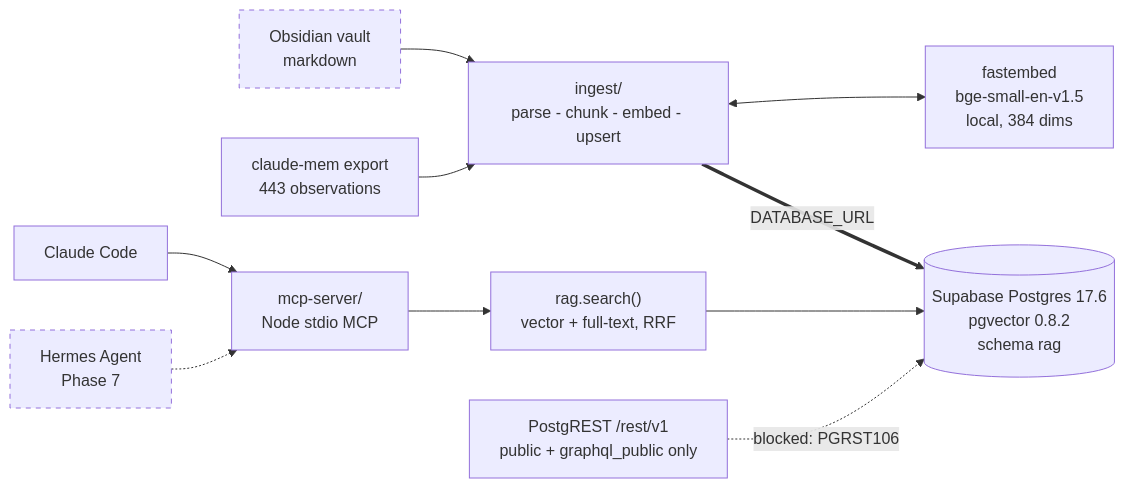
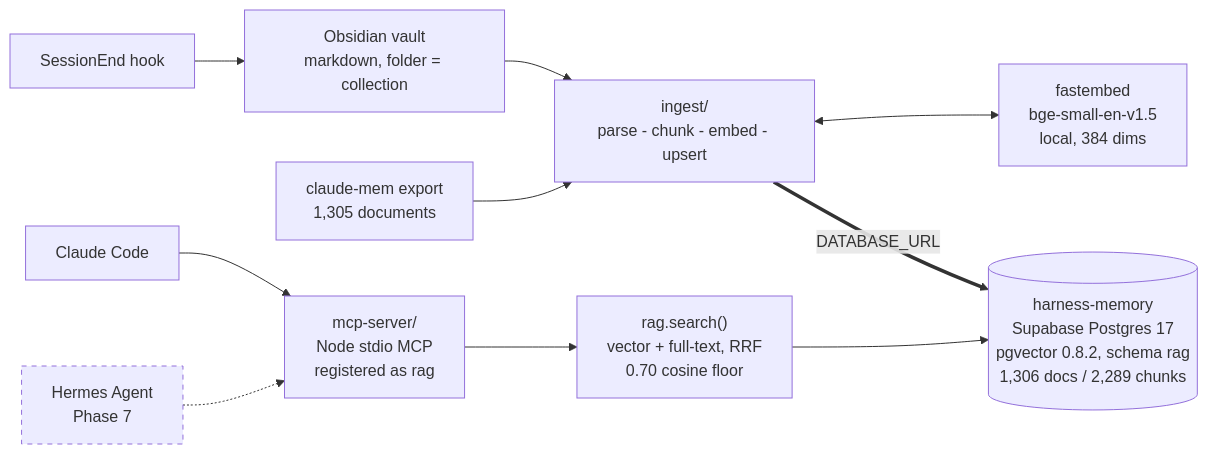
One commit to emstacho-su/agentic-harness changed the diagram in README.md. Above: the diagram before and after it, drawn with Mermaid. The commit also changed other lines of this file and 8 other files, not shown here.

First line of the commit message:
docs: rewrite for the harness-memory relocation and live status

````diff
--- a/README.md
+++ b/README.md
@@ -25,21 +27,19 @@
 ```mermaid
 flowchart LR
-    vault["Obsidian vault<br/>markdown"] --> ing
-    cmem["claude-mem export<br/>443 observations"] --> ing
+    hook["SessionEnd hook"] --> vault
+    vault["Obsidian vault<br/>markdown, folder = collection"] --> ing
+    cmem["claude-mem export<br/>1,305 documents"] --> ing
 
     ing["ingest/<br/>parse - chunk - embed - upsert"]
     ing <--> emb["fastembed<br/>bge-small-en-v1.5<br/>local, 384 dims"]
 
-    cc["Claude Code"] --> mcp["mcp-server/<br/>Node stdio MCP"]
+    cc["Claude Code"] --> mcp["mcp-server/<br/>Node stdio MCP<br/>registered as rag"]
     hermes["Hermes Agent<br/>Phase 7"] -.-> mcp
-    mcp --> search["rag.search()<br/>vector + full-text, RRF"]
+    mcp --> search["rag.search()<br/>vector + full-text, RRF<br/>0.70 cosine floor"]
 
     ing ==>|"DATABASE_URL"| db
-    search --> db[("Supabase Postgres 17.6<br/>pgvector 0.8.2<br/>schema rag")]
-
-    rest["PostgREST /rest/v1<br/>public + graphql_public only"]
-    rest -.->|"blocked: PGRST106"| db
+    search --> db[("harness-memory<br/>Supabase Postgres 17<br/>pgvector 0.8.2, schema rag<br/>1,306 docs / 2,289 chunks")]
 
     classDef unbuilt stroke-dasharray: 5 5
-    class hermes,vault unbuilt
+    class hermes unbuilt
 ```
````
